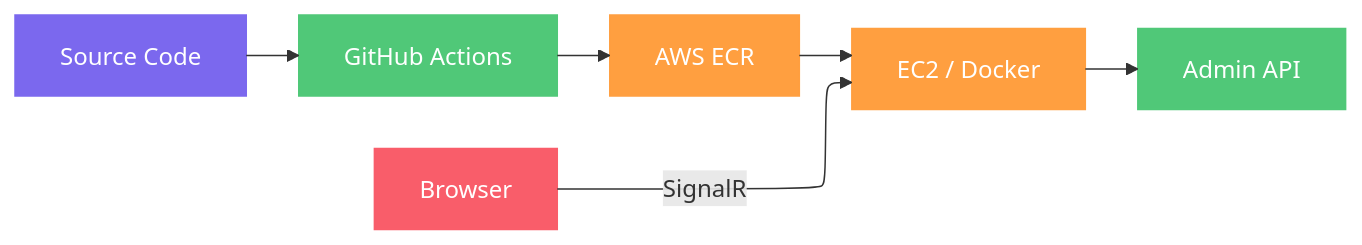
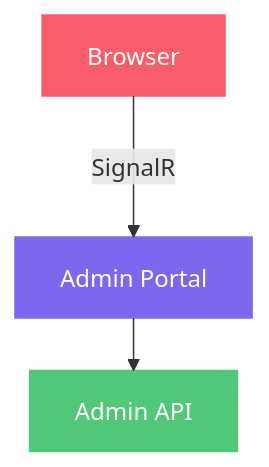
The diagram in diagrams/component-admin-portal.mmd (disusered/docs-test), drawn with Mermaid before and after one commit. The commit also changed 9 other files, not shown here.

First line of the commit message:
feat(diagrams): Replace CI/CD with architecture diagrams

```diff
--- a/diagrams/component-admin-portal.mmd
+++ b/diagrams/component-admin-portal.mmd
@@ -1,27 +1,17 @@
 %%{init: {"flowchart": {"defaultRenderer": "elk"}} }%%
-graph LR
-    source[Source Code]
-    github[GitHub Actions]
-    ecr[AWS ECR]
-    ec2[EC2 / Docker]
+graph TB
+    browser[Browser]
+    portal[Admin Portal]
     admin_api[Admin API]
-    browser[Browser]
 
-    source --> github
-    github --> ecr
-    ecr --> ec2
-    browser -->|SignalR| ec2
-    ec2 --> admin_api
+    browser -->|SignalR| portal
+    portal --> admin_api
 
     %% Node styles
-    classDef devStyle fill:#7B68EE,stroke:#7B68EE,color:#fff
-    classDef cicdStyle fill:#50C878,stroke:#50C878,color:#fff
-    classDef hostingStyle fill:#FF9F40,stroke:#FF9F40,color:#fff
-    classDef apiStyle fill:#50C878,stroke:#50C878,color:#fff
     classDef clientStyle fill:#f95d6a,stroke:#f95d6a,color:#fff
+    classDef webAppStyle fill:#7B68EE,stroke:#7B68EE,color:#fff
+    classDef gatewayStyle fill:#50C878,stroke:#50C878,color:#fff
 
-    class source devStyle
-    class github cicdStyle
-    class ecr,ec2 hostingStyle
-    class admin_api apiStyle
     class browser clientStyle
+    class portal webAppStyle
+    class admin_api gatewayStyle
```
